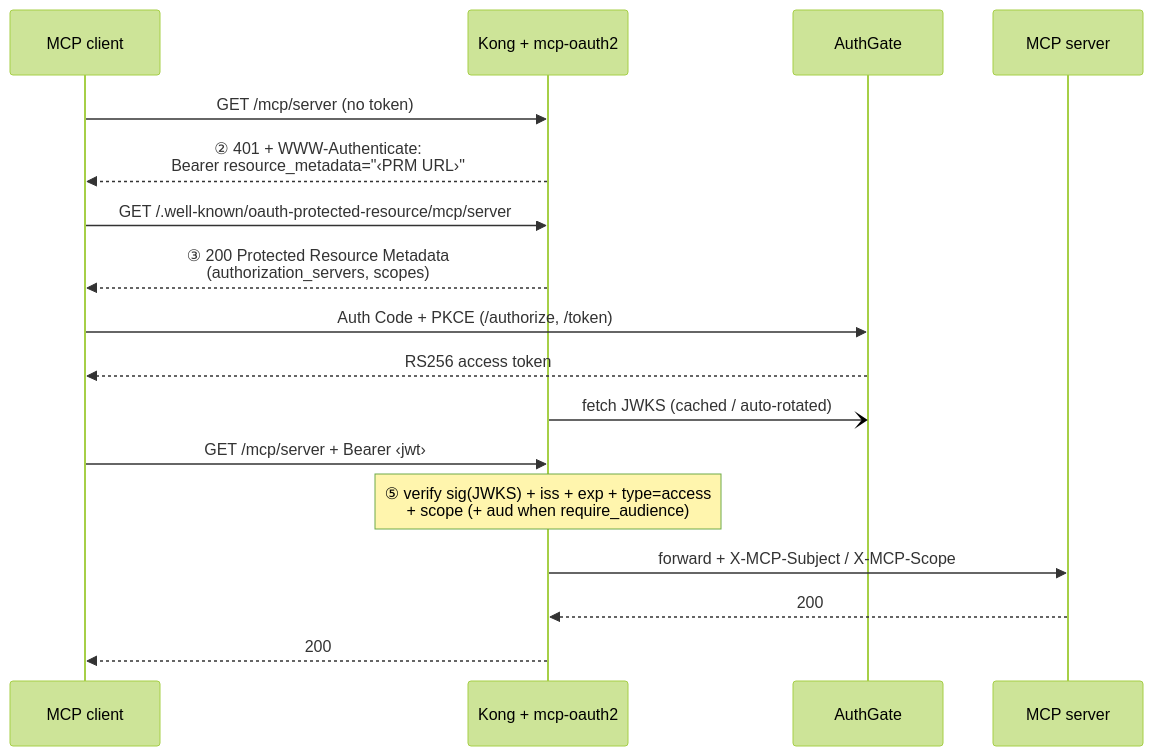
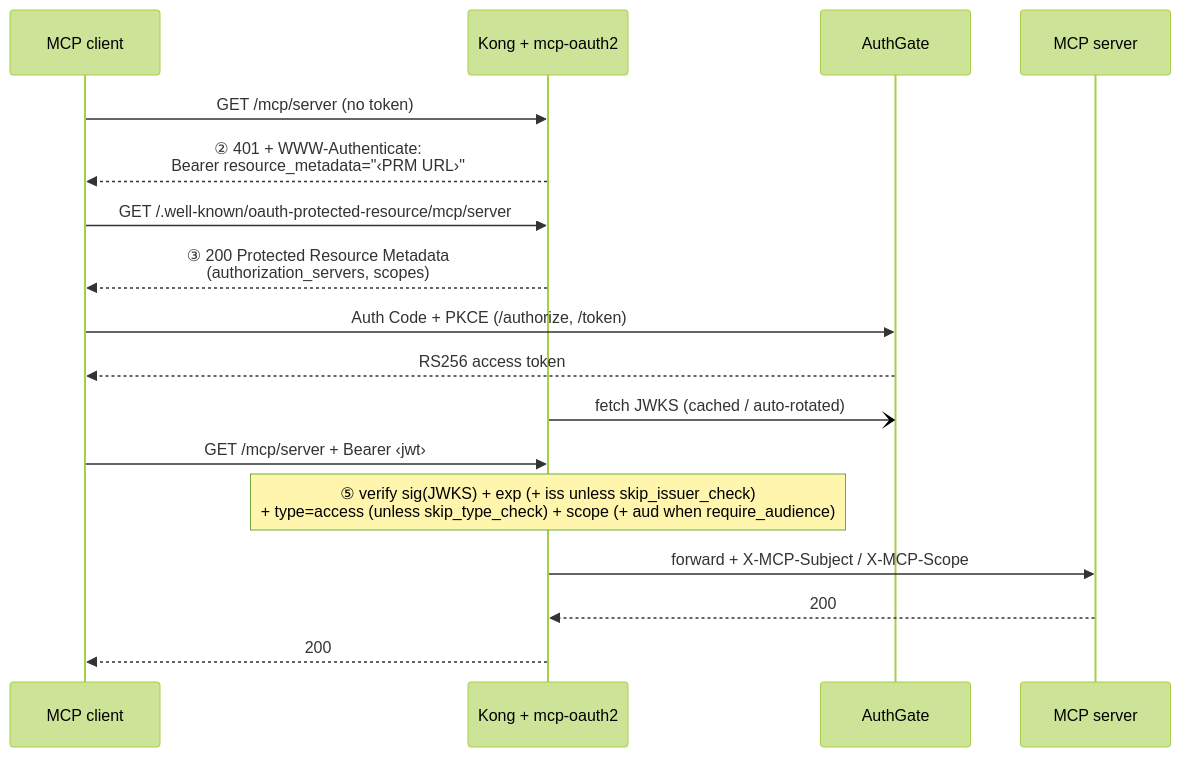
One commit to go-authgate/kong-mcp-oauth2 changed the second of 2 diagrams in README.md. Above: the diagram before and after it, drawn with Mermaid (forest theme). The commit also changed other lines of this file and 4 other files, not shown here.

````diff
--- a/README.md
+++ b/README.md
@@ -59,20 +59,20 @@
 ```mermaid
 sequenceDiagram
     participant C as MCP client
     participant K as Kong + mcp-oauth2
     participant A as AuthGate
     participant M as MCP server
 
     C->>K: GET /mcp/server (no token)
     K-->>C: ② 401 + WWW-Authenticate:<br/>Bearer resource_metadata="‹PRM URL›"
     C->>K: GET /.well-known/oauth-protected-resource/mcp/server
     K-->>C: ③ 200 Protected Resource Metadata<br/>(authorization_servers, scopes)
     C->>A: Auth Code + PKCE (/authorize, /token)
     A-->>C: RS256 access token
     K-)A: fetch JWKS (cached / auto-rotated)
     C->>K: GET /mcp/server + Bearer ‹jwt›
-    Note over K: ⑤ verify sig(JWKS) + iss + exp + type=access<br/>+ scope (+ aud when require_audience)
+    Note over K: ⑤ verify sig(JWKS) + exp (+ iss unless skip_issuer_check)<br/>+ type=access (unless skip_type_check) + scope (+ aud when require_audience)
     K->>M: forward + X-MCP-Subject / X-MCP-Scope
     M-->>K: 200
     K-->>C: 200
 ```
````
